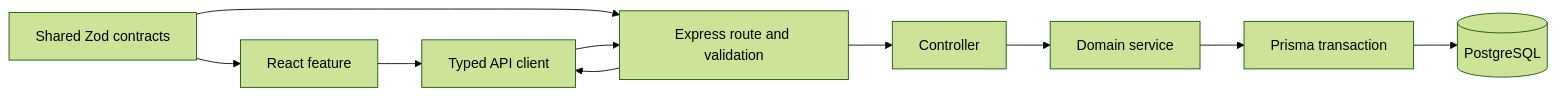
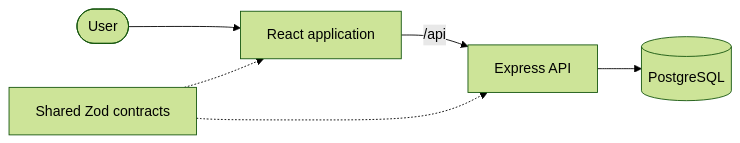
Before and after one commit to jakobzagar/Fit-Track: the second of 2 diagrams in README.md, drawn with Mermaid (forest theme). The commit also changed other lines of this file and 1 other file, not shown here.

Commit message:
docs: refine architecture diagrams

````diff
--- a/README.md
+++ b/README.md
@@ -50,12 +51,9 @@
 ```mermaid
 flowchart LR
-    UI[React feature] --> CLIENT[Typed API client]
-    SHARED[Shared Zod contracts] --> UI
-    SHARED --> API
-    CLIENT --> API[Express route and validation]
-    API --> CONTROLLER[Controller]
-    CONTROLLER --> SERVICE[Domain service]
-    SERVICE --> PRISMA[Prisma transaction]
-    PRISMA --> DB[(PostgreSQL)]
-    API --> CLIENT
+    User([User]) --> Frontend[React application]
+    Frontend -->|/api| API[Express API]
+    API --> Database[(PostgreSQL)]
+
+    Contracts[Shared Zod contracts] -.-> Frontend
+    Contracts -.-> API
 ```
````
